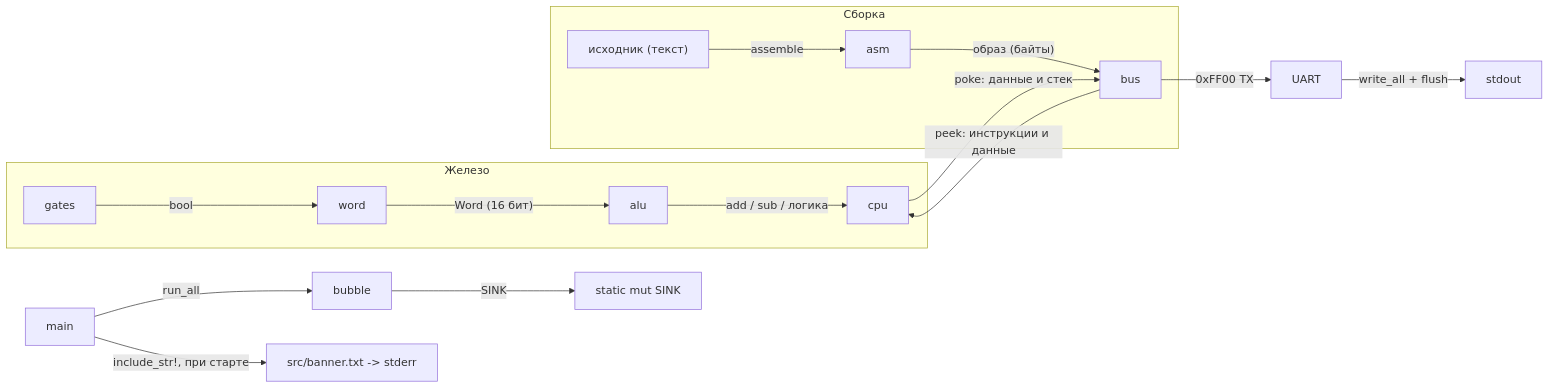
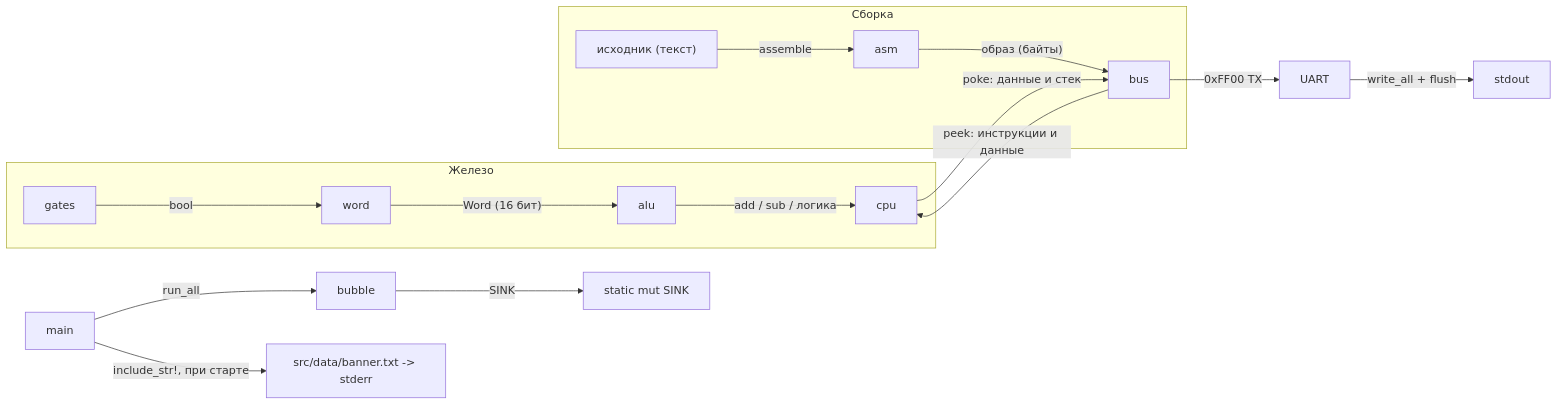
The first of 40 diagrams in чертежи.md (loki5512344ss/SummumOS), drawn with Mermaid before and after one commit. The commit also changed other lines of this file and 40 other files, not shown here.

````diff
--- a/чертежи.md
+++ b/чертежи.md
@@ -12,22 +13,22 @@
 ```mermaid
 graph LR
     subgraph Железо
         gates["gates"] -->|bool| word["word"]
         word -->|"Word (16 бит)"| alu["alu"]
         alu -->|add / sub / логика| cpu["cpu"]
     end
 
     subgraph Сборка
         src["исходник (текст)"] -->|assemble| asm["asm"]
         asm -->|"образ (байты)"| bus
     end
 
     bus["bus"] -->|"peek: инструкции и данные"| cpu
     cpu -->|"poke: данные и стек"| bus
     bus -->|"0xFF00 TX"| uart["UART"]
     uart -->|write_all + flush| stdout["stdout"]
 
     main["main"] -->|run_all| bubble["bubble"]
     bubble -->|SINK| sink["static mut SINK"]
-    main -->|"include_str!, при старте"| banner["src/banner.txt -> stderr"]
+    main -->|"include_str!, при старте"| banner["src/data/banner.txt -> stderr"]
 ```
````
